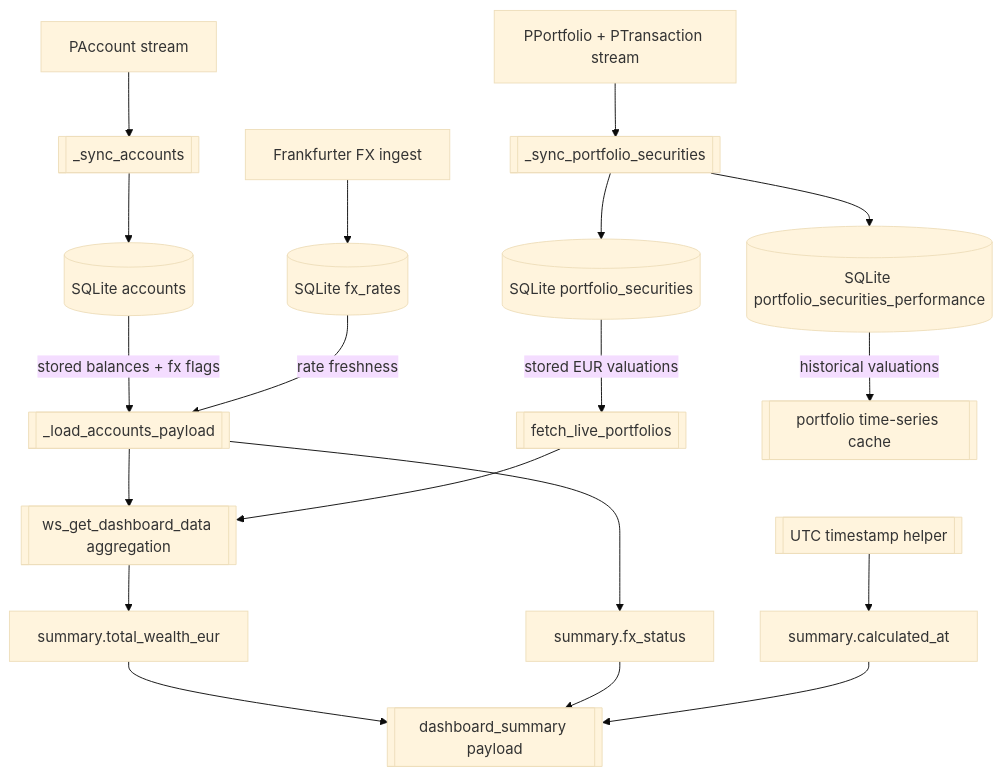
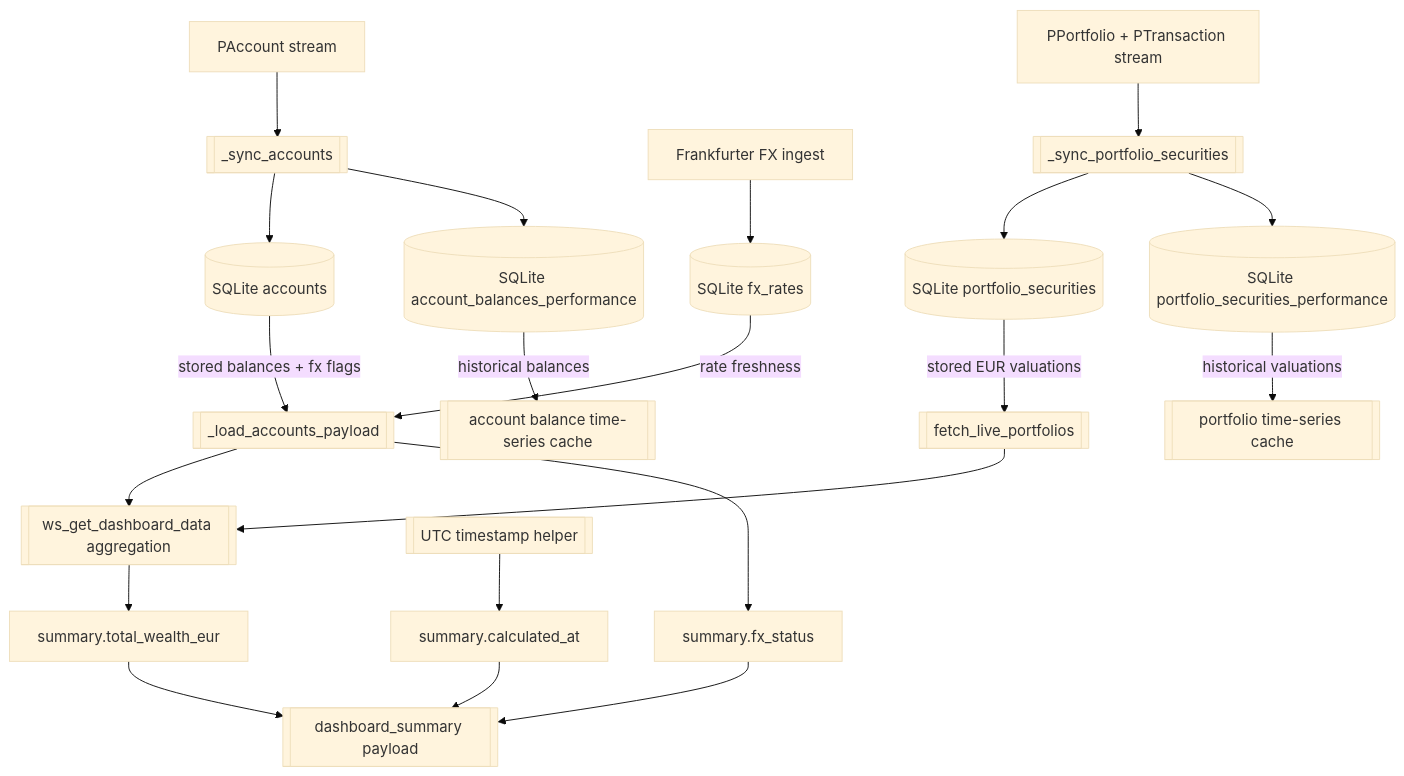
One commit to Freakandi/ha-pp-reader changed the first of 8 diagrams in datamodel/frontend-datamodel-visualizations.md. Above: the diagram before and after it, drawn with Mermaid (base theme). The commit also changed other lines of this file and 1 other file, not shown here.

Commit message:
Document account balance performance subtable

````diff
--- a/datamodel/frontend-datamodel-visualizations.md
+++ b/datamodel/frontend-datamodel-visualizations.md
@@ -11,21 +11,23 @@
 ```mermaid
 flowchart TD
   AccountsProto["PAccount stream"] --> SyncAccounts[[_sync_accounts]]
   SyncAccounts --> A1[(SQLite accounts)]
+  SyncAccounts --> ABPerf[(SQLite account_balances_performance)]
   FXProto["Frankfurter FX ingest"] --> A2[(SQLite fx_rates)]
   HoldingsProto["PPortfolio + PTransaction stream"] --> SyncHoldings[[_sync_portfolio_securities]]
   SyncHoldings --> P1[(SQLite portfolio_securities)]
   SyncHoldings --> PPerf[(SQLite portfolio_securities_performance)]
   A1 -->|stored balances + fx flags| L1[[_load_accounts_payload]]
   A2 -->|rate freshness| L1
   P1 -->|stored EUR valuations| L2[[fetch_live_portfolios]]
   L1 --> Agg[[ws_get_dashboard_data aggregation]]
   L2 --> Agg
   Agg --> Total[summary.total_wealth_eur]
   L1 --> FX[summary.fx_status]
   PPerf -->|historical valuations| Hist[[portfolio time-series cache]]
+  ABPerf -->|historical balances| AccHist[[account balance time-series cache]]
   Clock[[UTC timestamp helper]] --> Stamp[summary.calculated_at]
   Total --> Payload[[dashboard_summary payload]]
   FX --> Payload
   Stamp --> Payload
 ```
````
